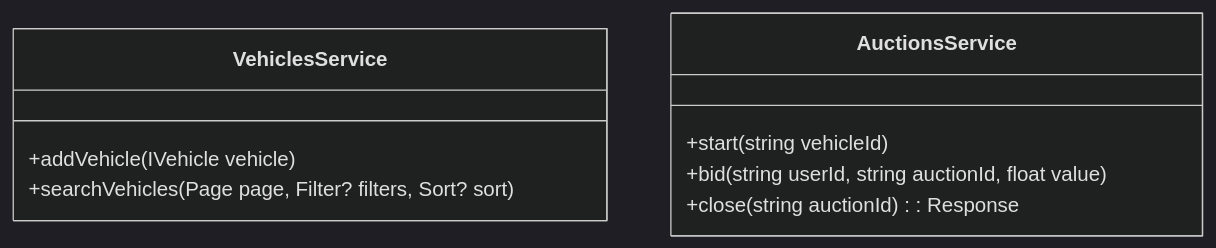
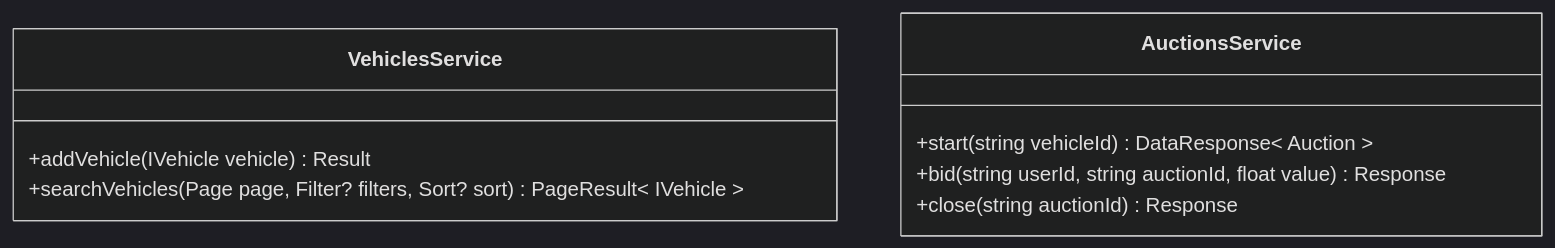
One commit to diogosantosmendes/bds_coding_test changed the second of 3 diagrams in readme.md. Above: the diagram before and after it, drawn with Mermaid (dark theme). The commit also changed other lines of this file, not shown here.

````diff
--- a/readme.md
+++ b/readme.md
@@ -95,13 +101,13 @@
 ```mermaid
 classDiagram
     class VehiclesService{
-        +addVehicle(IVehicle vehicle)
-        +searchVehicles(Page page, Filter? filters, Sort? sort)
+        +addVehicle(IVehicle vehicle) Result
+        +searchVehicles(Page page, Filter? filters, Sort? sort) PageResult< IVehicle >
     }
 
     class AuctionsService{
-        +start(string vehicleId)
-        +bid(string userId, string auctionId, float value)
-        +close(string auctionId): Response
+        +start(string vehicleId) DataResponse< Auction >
+        +bid(string userId, string auctionId, float value) Response
+        +close(string auctionId) Response
     }
 ```
````
